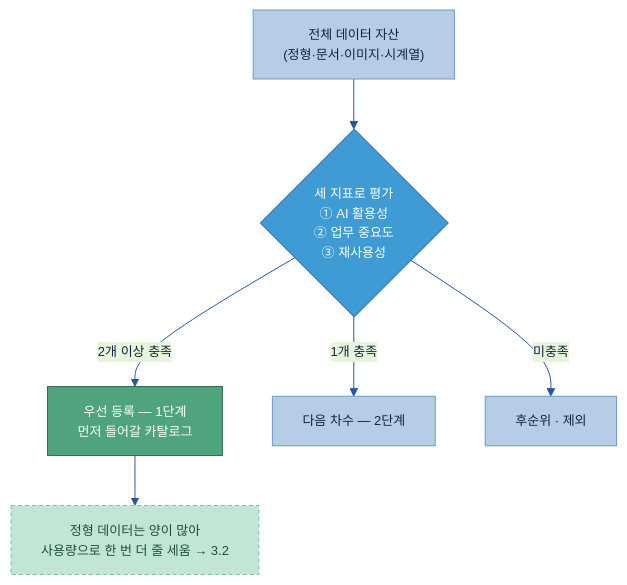
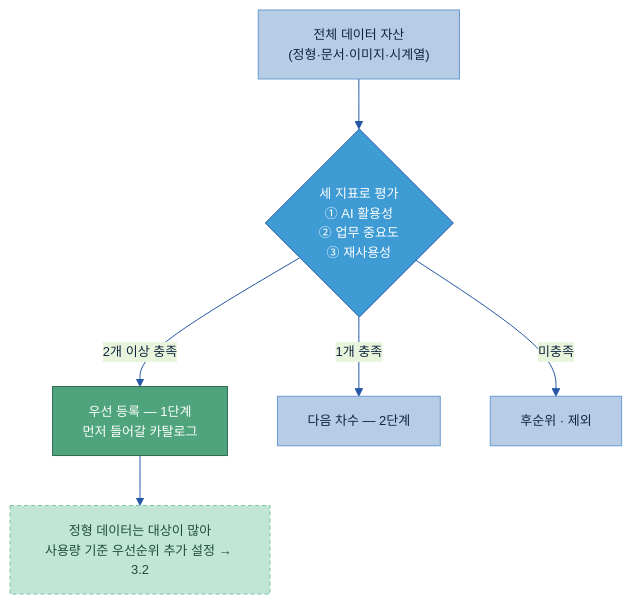
Before and after one commit to jin-kearney/ai-ready-data-manual: the second of 7 diagrams in 가이드 작성/A-1 데이터 카탈로그/A-1 데이터 카탈로그.md, drawn with Mermaid. The commit also changed other lines of this file and 2 other files, not shown here.

````diff
--- a/가이드 작성/A-1 데이터 카탈로그/A-1 데이터 카탈로그.md
+++ b/가이드 작성/A-1 데이터 카탈로그/A-1 데이터 카탈로그.md
@@ -295,13 +295,13 @@
 ```mermaid
 %%{init: {'theme':'base','themeVariables':{'primaryColor':'#DCE8F5','primaryBorderColor':'#2456A4','primaryTextColor':'#10243f','lineColor':'#2456A4','fontSize':'13px'}}}%%
 flowchart TB
     ALL["전체 데이터 자산<br/>(정형·문서·이미지·시계열)"]:::n --> EVAL{"세 지표로 평가<br/>① AI 활용성<br/>② 업무 중요도<br/>③ 재사용성"}:::gate
     EVAL -->|"2개 이상 충족"| W1["우선 등록 — 1단계<br/>먼저 들어갈 카탈로그"]:::loop
     EVAL -->|"1개 충족"| W2["다음 차수 — 2단계"]:::n
     EVAL -->|"미충족"| W3["후순위 · 제외"]:::n
-    W1 --> NEXT["정형 데이터는 양이 많아<br/>사용량으로 한 번 더 줄 세움 → 3.2"]:::cross
+    W1 --> NEXT["정형 데이터는 대상이 많아<br/>사용량 기준 우선순위 추가 설정 → 3.2"]:::cross
     classDef n fill:#B7CDE6,stroke:#6B9AD1,color:#10243f;
     classDef gate fill:#3F9BD4,stroke:#2456A4,color:#fff;
     classDef loop fill:#4FA47D,stroke:#2f6b50,color:#fff;
     classDef cross fill:#C2E6D6,stroke:#7CC2A7,color:#1f4d3a,stroke-dasharray:4 3;
 ```
````
